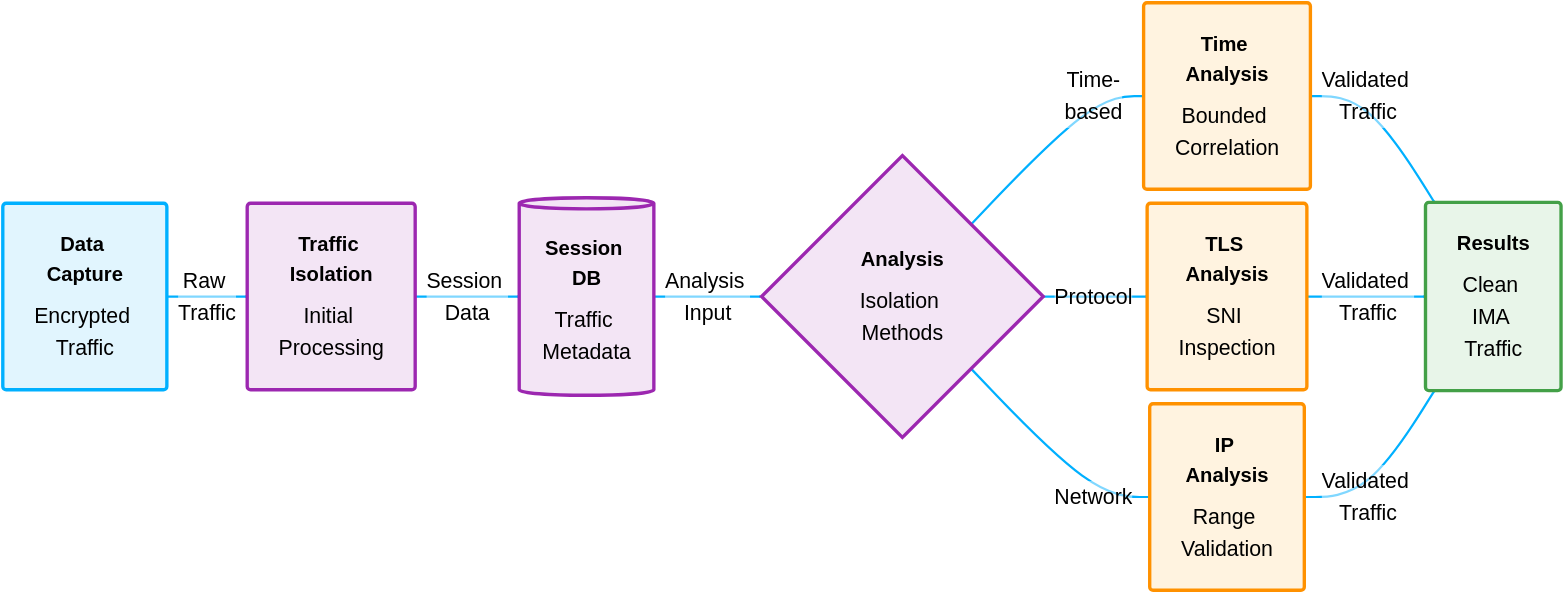
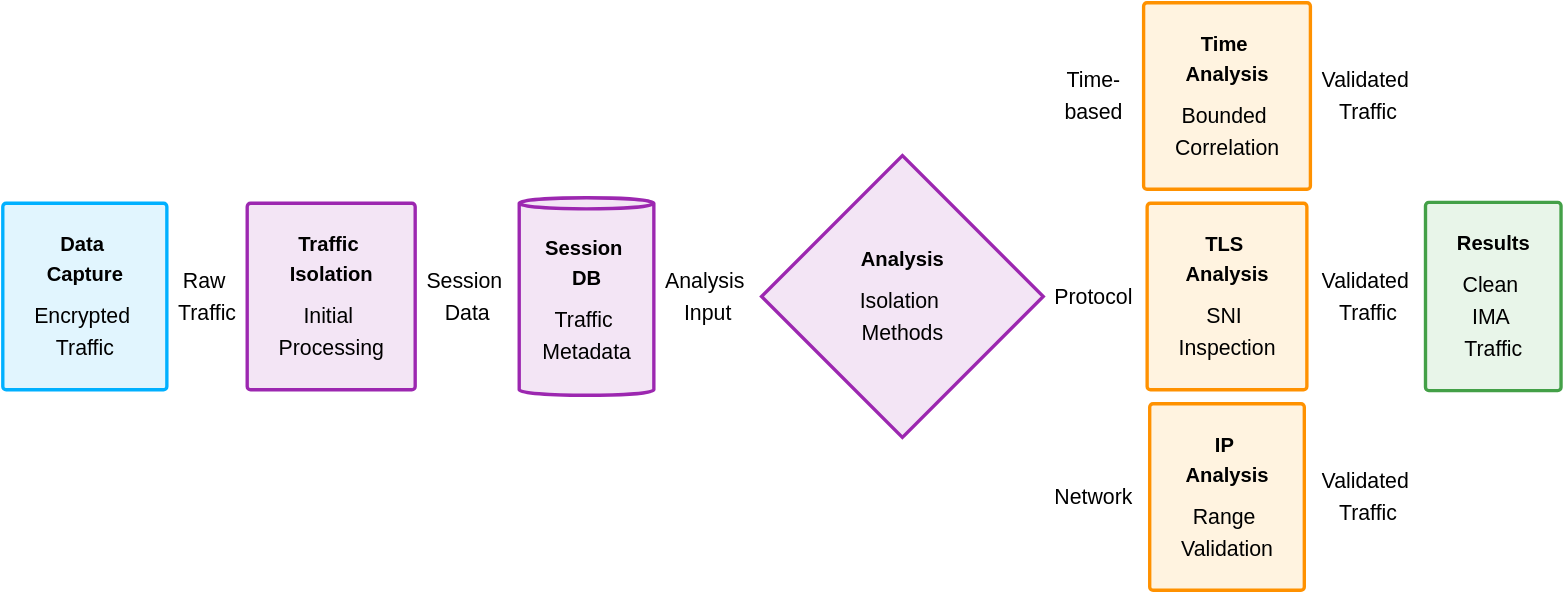
The second of 3 diagrams in presentations/nim-presentation.md (cenab/nim-presentation), drawn with Mermaid before and after one commit. The commit also changed other lines of this file and 249 other files, not shown here.

Commit message:
graph changes

````diff
--- a/presentations/nim-presentation.md
+++ b/presentations/nim-presentation.md
@@ -406,69 +426,69 @@
 ```mermaid
 %%{init: {
   'theme': 'base',
   'themeVariables': {
     'primaryColor': '#e1f5fe',
     'primaryTextColor': '#000',
     'primaryBorderColor': '#00b0ff',
-    'lineColor': '#00b0ff',
+    'lineColor': '#fff',
     'secondaryColor': '#f3e5f5',
     'tertiaryColor': '#fff3e0',
     'fontSize': '40px',
     'messageFontSize': '40px',
     'messageFont': 'arial',
     'nodeFontSize': '40px',
     'edgeLabelBackground': '#ffffff',
-    'lineWidth': '20px'
+    'lineWidth': '200px'
   },
   'flowchart': {
     'nodeSpacing': 50,
     'rankSpacing': 80,
     'padding': 20,
     'width': 1600,
-    'height': 500,
+    'height': 800,
     'diagramPadding': 10,
     'htmlLabels': true,
     'curve': 'basis'
   }
 }}%%
 graph LR
     %% Data Capture Stage
     A["<div style='padding: 1.8em; min-width: 250px;'><h3 style='margin:0; color: #0277bd; font-size: 1.8em;'>Data Capture</h3><div style='font-size: 1.9em; margin-top: 0.5em;'>Encrypted Traffic</div></div>"]
 
     %% Processing Stage
     B["<div style='padding: 1.8em; min-width: 250px;'><h3 style='margin:0; color: #7b1fa2; font-size: 1.8em;'>Traffic Isolation</h3><div style='font-size: 1.9em; margin-top: 0.5em;'>Initial Processing</div></div>"]
     DB[("<div style='padding: 1.8em;'><h3 style='margin:0; color: #7b1fa2; font-size: 1.8em;'>Session DB</h3><div style='font-size: 1.9em; margin-top: 0.5em;'>Traffic Metadata</div></div>")]
     Methods{"<div style='padding: 1.8em;'><h3 style='margin:0; color: #7b1fa2; font-size: 1.8em;'>Analysis</h3><div style='font-size: 1.9em; margin-top: 0.5em;'>Isolation Methods</div></div>"}
 
     %% Isolation Techniques
     B1["<div style='padding: 1.8em;'><h3 style='margin:0; color: #ef6c00; font-size: 1.8em;'>Time Analysis</h3><div style='font-size: 1.9em; margin-top: 0.5em;'>Bounded Correlation</div></div>"]
     B2["<div style='padding: 1.8em;'><h3 style='margin:0; color: #ef6c00; font-size: 1.8em;'>TLS Analysis</h3><div style='font-size: 1.9em; margin-top: 0.5em;'>SNI Inspection</div></div>"]
     B3["<div style='padding: 1.8em;'><h3 style='margin:0; color: #ef6c00; font-size: 1.8em;'>IP Analysis</h3><div style='font-size: 1.9em; margin-top: 0.5em;'>Range Validation</div></div>"]
 
     %% Output Stage
     C["<div style='padding: 1.8em; min-width: 250px;'><h3 style='margin:0; color: #2e7d32; font-size: 1.8em;'>Results</h3><div style='font-size: 1.9em; margin-top: 0.5em;'>Clean IMA Traffic</div></div>"]
 
     %% Connections with descriptive labels
     A --> |"<div style='font-size: 1.9em;'>Raw Traffic</div>"| B
     B --> |"<div style='font-size: 1.9em;'>Session Data</div>"| DB
     DB --> |"<div style='font-size: 1.9em;'>Analysis Input</div>"| Methods
     Methods --> |"<div style='font-size: 1.9em;'>Time-based</div>"| B1
     Methods --> |"<div style='font-size: 1.9em;'>Protocol</div>"| B2
     Methods --> |"<div style='font-size: 1.9em;'>Network</div>"| B3
     B1 & B2 & B3 --> |"<div style='font-size: 1.9em;'>Validated Traffic</div>"| C
 
     %% Styling definitions with thicker borders
     classDef capture fill:#e1f5fe,stroke:#00b0ff,stroke-width:12px,rx:12,ry:12
     classDef processing fill:#f3e5f5,stroke:#9c27b0,stroke-width:12px,rx:12,ry:12
     classDef techniques fill:#fff3e0,stroke:#ff9100,stroke-width:12px,rx:12,ry:12
     classDef output fill:#e8f5e9,stroke:#43a047,stroke-width:12px,rx:12,ry:12
 
     %% Apply styles to nodes
     class A capture
     class B,DB,Methods processing
     class B1,B2,B3 techniques
     class C output
 
     %% Link styling
-    linkStyle default stroke-width:8px
+    linkStyle default stroke-width:20px,stroke:#fff
 ```
````
